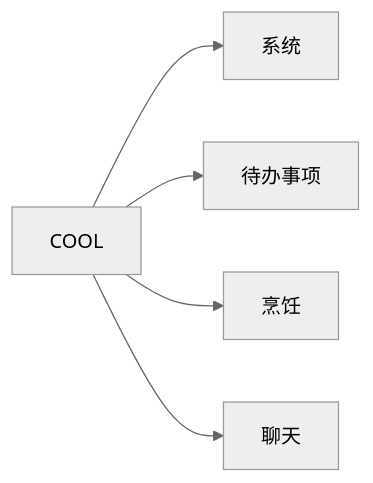
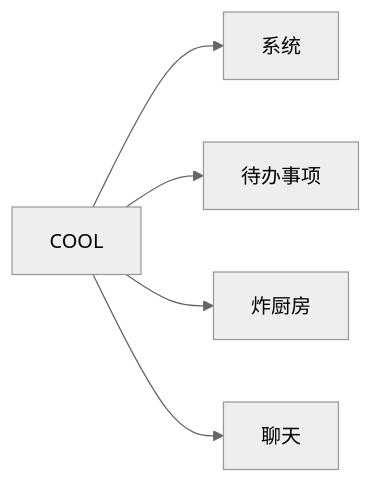
One commit to ananliangliang/cool changed the diagram in README.md. Above: the diagram before and after it, drawn with Mermaid (neutral theme). The commit also changed other lines of this file and 17 other files, not shown here.

````diff
--- a/README.md
+++ b/README.md
@@ -5,7 +5,7 @@
 ```mermaid
 graph LR
 COOL[COOL] --> sys[系统]
 COOL --> todo[待办事项]
-COOL --> cook[烹饪]
+COOL --> cook[炸厨房]
 COOL --> chat[聊天]
 ```
````
